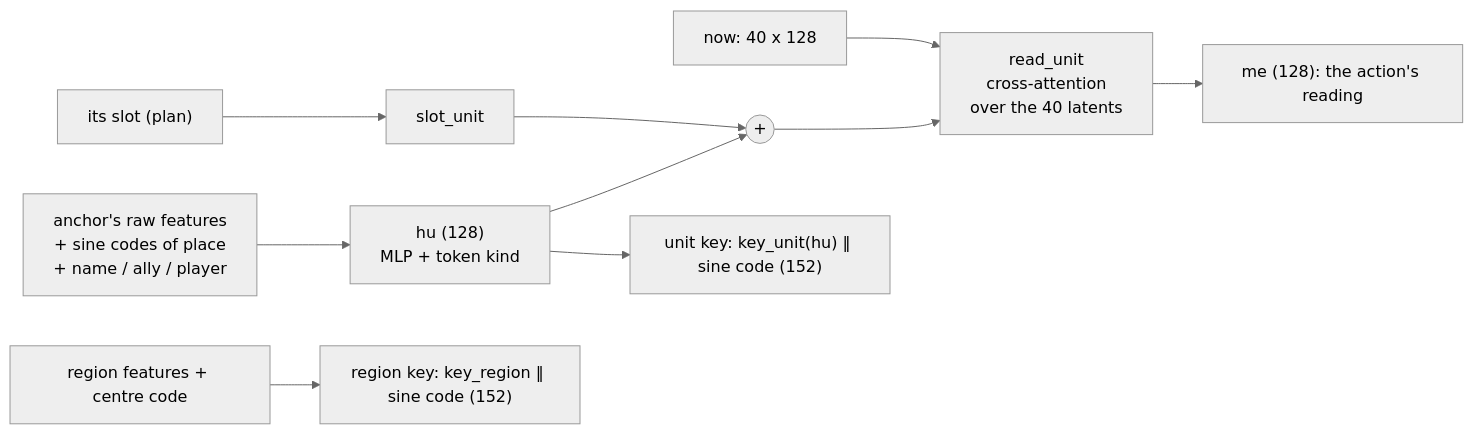
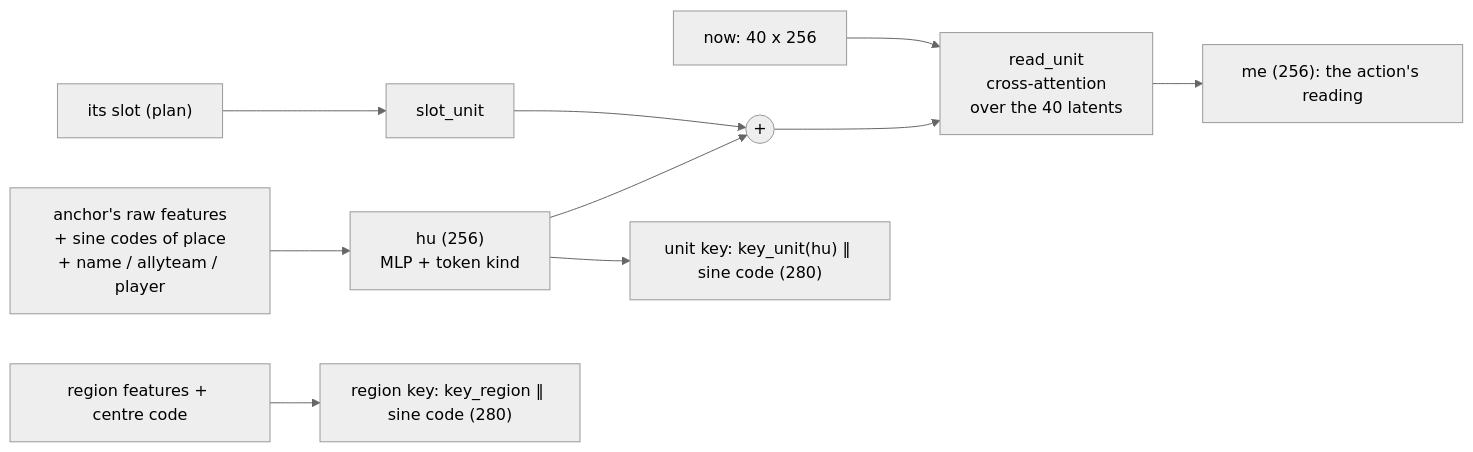
Before and after one commit to pts1667/zk-ArenaAI: the sixth of 11 diagrams in docs/model.md, drawn with Mermaid (neutral theme). The commit also changed other lines of this file and 39 other files, not shown here.

````diff
--- a/docs/model.md
+++ b/docs/model.md
@@ -231,12 +257,12 @@
 ```mermaid
 flowchart LR
-    X["anchor's raw features<br/>+ sine codes of place<br/>+ name / ally / player"] --> HU["hu (128)<br/>MLP + token kind"]
+    X["anchor's raw features<br/>+ sine codes of place<br/>+ name / allyteam / player"] --> HU["hu (256)<br/>MLP + token kind"]
     SL["its slot (plan)"] --> PJ["slot_unit"]
     HU --> ADD(("+"))
     PJ --> ADD
     ADD --> RU["read_unit<br/>cross-attention<br/>over the 40 latents"]
-    NOW["now: 40 x 128"] --> RU
-    RU --> ME["me (128): the action's reading"]
-    HU --> KU["unit key: key_unit(hu) ‖ sine code (152)"]
-    RX["region features + centre code"] --> KR["region key: key_region ‖ sine code (152)"]
+    NOW["now: 40 x 256"] --> RU
+    RU --> ME["me (256): the action's reading"]
+    HU --> KU["unit key: key_unit(hu) ‖ sine code (280)"]
+    RX["region features + centre code"] --> KR["region key: key_region ‖ sine code (280)"]
 ```
````
